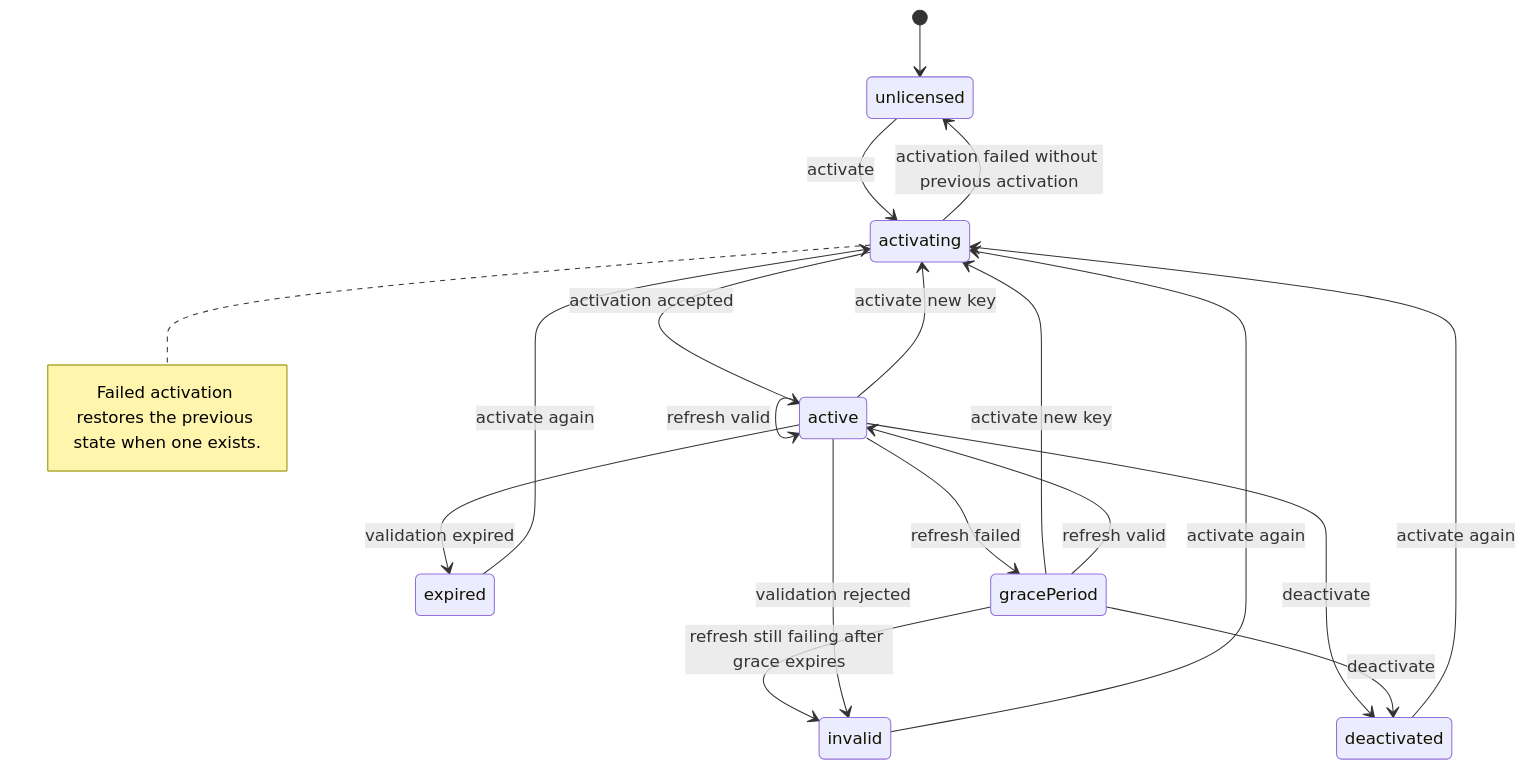
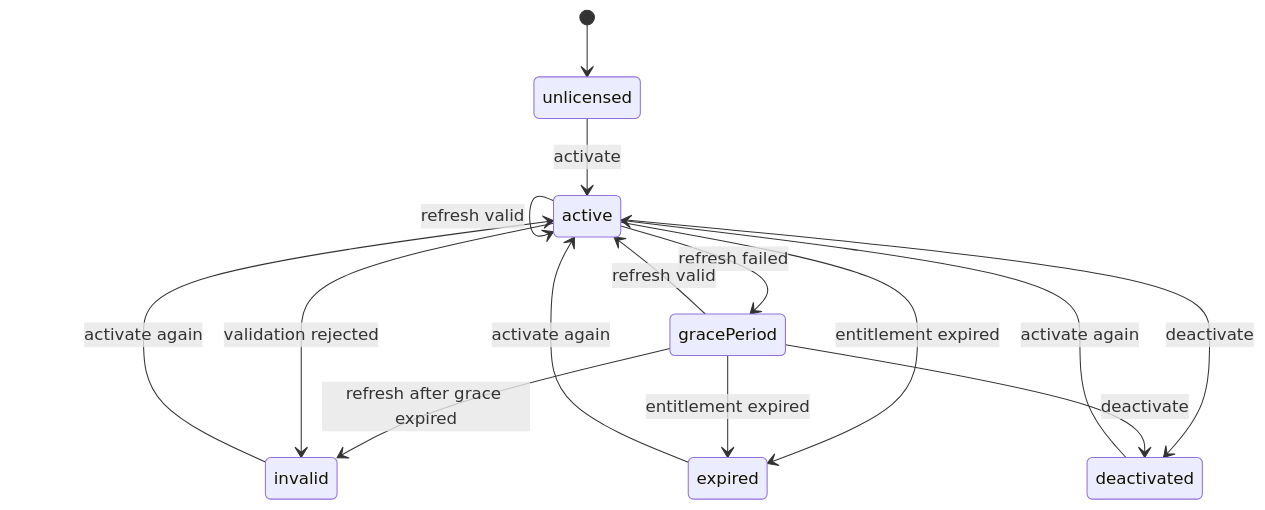
One commit to naviapps/license-kit changed the diagram in README.md. Above: the diagram before and after it, drawn with Mermaid. The commit also changed other lines of this file and 58 other files, not shown here.

````diff
--- a/README.md
+++ b/README.md
@@ -120,24 +169,17 @@
 ```mermaid
 stateDiagram-v2
   [*] --> unlicensed
-  unlicensed --> activating: activate
-  active --> activating: activate new key
-  gracePeriod --> activating: activate new key
-  invalid --> activating: activate again
-  expired --> activating: activate again
-  deactivated --> activating: activate again
-  activating --> active: activation accepted
-  activating --> unlicensed: activation failed without previous activation
+  unlicensed --> active: activate
   active --> active: refresh valid
   active --> gracePeriod: refresh failed
   gracePeriod --> active: refresh valid
-  gracePeriod --> invalid: refresh still failing after grace expires
+  gracePeriod --> invalid: refresh after grace expired
   active --> invalid: validation rejected
-  active --> expired: validation expired
+  active --> expired: entitlement expired
+  gracePeriod --> expired: entitlement expired
   active --> deactivated: deactivate
   gracePeriod --> deactivated: deactivate
-
-  note right of activating
-    Failed activation restores the previous state when one exists.
-  end note
+  invalid --> active: activate again
+  expired --> active: activate again
+  deactivated --> active: activate again
 ```
````
